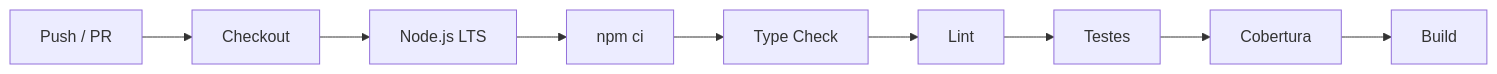
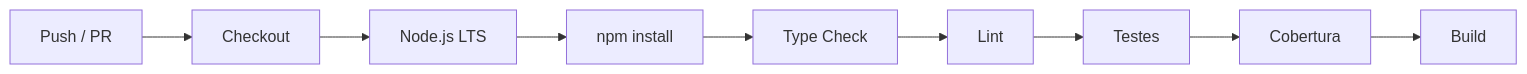
Before and after one commit to alandemarcos/techflow-UNIFECAF: the diagram in docs/continuous-integration.md, drawn with Mermaid. The commit also changed other lines of this file, not shown here.

````diff
--- a/docs/continuous-integration.md
+++ b/docs/continuous-integration.md
@@ -22,11 +22,11 @@
 ```mermaid
 flowchart LR
     A[Push / PR] --> B[Checkout]
     B --> C[Node.js LTS]
-    C --> D[npm ci]
+    C --> D[npm install]
     D --> E[Type Check]
     E --> F[Lint]
     F --> G[Testes]
     G --> H[Cobertura]
     H --> I[Build]
 ```
````
